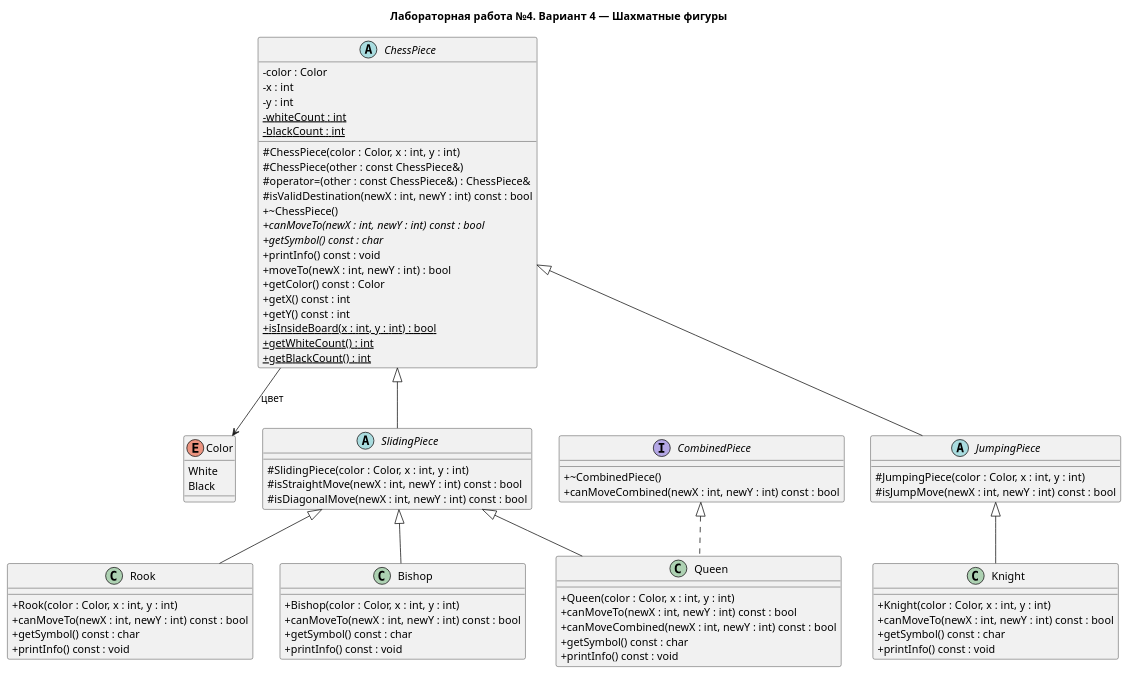
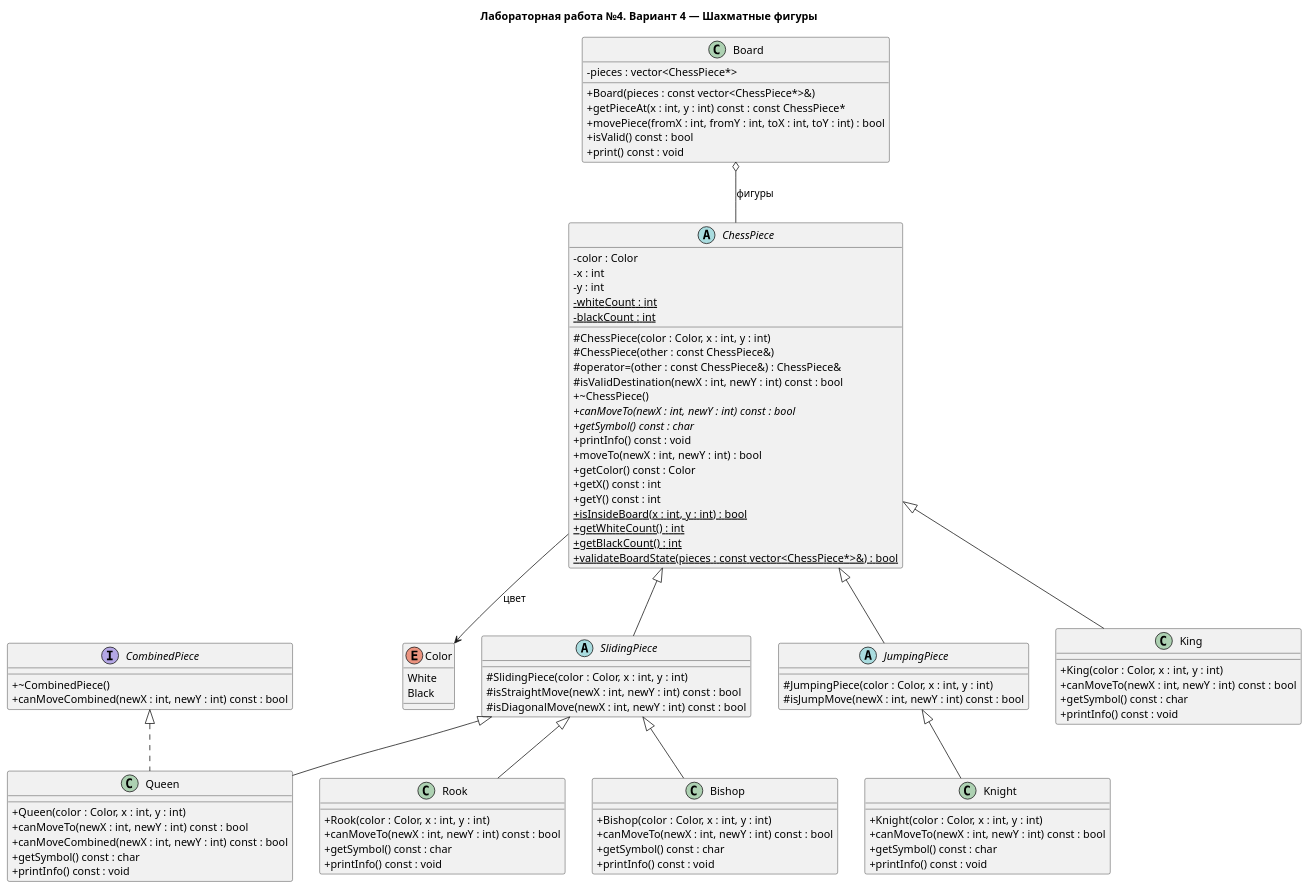
Before and after one commit to lnknwl/lab4: the diagram in uml/chess.puml, drawn with PlantUML. The commit also changed 18 other files, not shown here.

```diff
--- a/uml/chess.puml
+++ b/uml/chess.puml
@@ -1,86 +1,105 @@
 @startuml
 title Лабораторная работа №4. Вариант 4 — Шахматные фигуры
 skinparam classAttributeIconSize 0
 
 enum Color {
     White
     Black
 }
 
 abstract class ChessPiece {
     - color : Color
     - x : int
     - y : int
     - {static} whiteCount : int
     - {static} blackCount : int
     # ChessPiece(color : Color, x : int, y : int)
     # ChessPiece(other : const ChessPiece&)
     # operator=(other : const ChessPiece&) : ChessPiece&
     # isValidDestination(newX : int, newY : int) const : bool
     + ~ChessPiece()
     + {abstract} canMoveTo(newX : int, newY : int) const : bool
     + {abstract} getSymbol() const : char
     + printInfo() const : void
     + moveTo(newX : int, newY : int) : bool
     + getColor() const : Color
     + getX() const : int
     + getY() const : int
     + {static} isInsideBoard(x : int, y : int) : bool
     + {static} getWhiteCount() : int
     + {static} getBlackCount() : int
+    + {static} validateBoardState(pieces : const vector<ChessPiece*>&) : bool
 }
 
 abstract class SlidingPiece {
     # SlidingPiece(color : Color, x : int, y : int)
     # isStraightMove(newX : int, newY : int) const : bool
     # isDiagonalMove(newX : int, newY : int) const : bool
 }
 
 class Rook {
     + Rook(color : Color, x : int, y : int)
     + canMoveTo(newX : int, newY : int) const : bool
     + getSymbol() const : char
     + printInfo() const : void
 }
 
 class Bishop {
     + Bishop(color : Color, x : int, y : int)
     + canMoveTo(newX : int, newY : int) const : bool
     + getSymbol() const : char
     + printInfo() const : void
 }
 
 abstract class JumpingPiece {
     # JumpingPiece(color : Color, x : int, y : int)
     # isJumpMove(newX : int, newY : int) const : bool
 }
 
 class Knight {
     + Knight(color : Color, x : int, y : int)
     + canMoveTo(newX : int, newY : int) const : bool
     + getSymbol() const : char
     + printInfo() const : void
 }
 
 interface CombinedPiece {
     + ~CombinedPiece()
     + canMoveCombined(newX : int, newY : int) const : bool
 }
 
 class Queen {
     + Queen(color : Color, x : int, y : int)
     + canMoveTo(newX : int, newY : int) const : bool
     + canMoveCombined(newX : int, newY : int) const : bool
     + getSymbol() const : char
     + printInfo() const : void
 }
 
+class King {
+    + King(color : Color, x : int, y : int)
+    + canMoveTo(newX : int, newY : int) const : bool
+    + getSymbol() const : char
+    + printInfo() const : void
+}
+
+class Board {
+    - pieces : vector<ChessPiece*>
+    + Board(pieces : const vector<ChessPiece*>&)
+    + getPieceAt(x : int, y : int) const : const ChessPiece*
+    + movePiece(fromX : int, fromY : int, toX : int, toY : int) : bool
+    + isValid() const : bool
+    + print() const : void
+}
+
 ChessPiece --> Color : цвет
+ChessPiece <|-- King
+Board o-- ChessPiece : фигуры
 ChessPiece <|-- SlidingPiece
 SlidingPiece <|-- Rook
 SlidingPiece <|-- Bishop
 ChessPiece <|-- JumpingPiece
 JumpingPiece <|-- Knight
 SlidingPiece <|-- Queen
 CombinedPiece <|.. Queen
 @enduml
```
